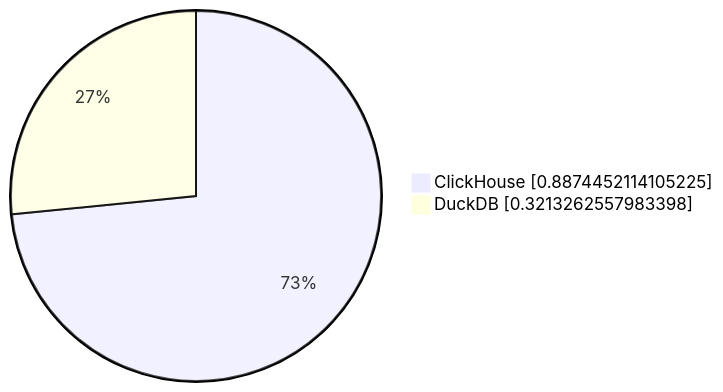
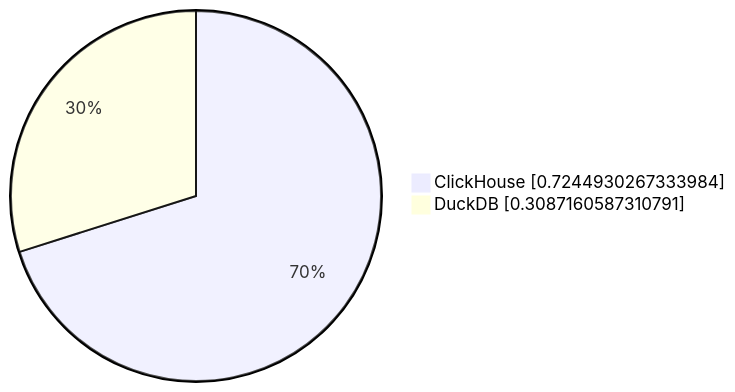
One commit to Altinity/clickhouse-regression changed the second of 10 diagrams in parquet/performance/results/ontime/23.11.1.2711-alpine/README.md. Above: the diagram before and after it, drawn with Mermaid. The commit also changed other lines of this file and 8 other files, not shown here.

````diff
--- a/parquet/performance/results/ontime/23.11.1.2711-alpine/README.md
+++ b/parquet/performance/results/ontime/23.11.1.2711-alpine/README.md
@@ -20,5 +20,5 @@
 ```mermaid
      pie showData
-         "ClickHouse" : 0.8874452114105225
-         "DuckDB" : 0.3213262557983398
+         "ClickHouse" : 0.7244930267333984
+         "DuckDB" : 0.3087160587310791
 ```
````
